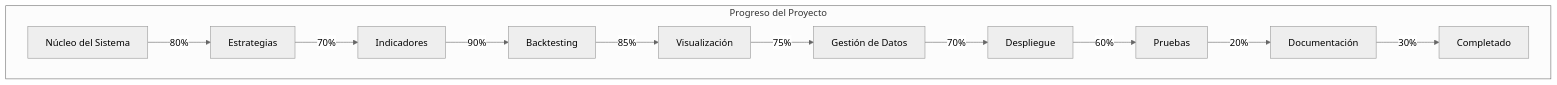
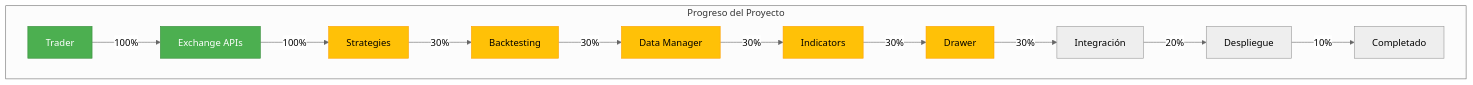
One commit to Brunvelop/trading_bot changed the diagram in memory-bank/progress.md. Above: the diagram before and after it, drawn with Mermaid (neutral theme). The commit also changed other lines of this file and 4 other files, not shown here.

First line of the commit message:
refactor(exchange-apis): improve robustness, efficiency and documentation

````diff
--- a/memory-bank/progress.md
+++ b/memory-bank/progress.md
@@ -109,14 +113,22 @@
 ```mermaid
 graph TD
     subgraph "Progreso del Proyecto"
-    A[Núcleo del Sistema] -->|80%| B[Estrategias]
-    B -->|70%| C[Indicadores]
-    C -->|90%| D[Backtesting]
-    D -->|85%| E[Visualización]
-    E -->|75%| F[Gestión de Datos]
-    F -->|70%| G[Despliegue]
-    G -->|60%| H[Pruebas]
-    H -->|20%| I[Documentación]
-    I -->|30%| J[Completado]
+    A[Trader] -->|100%| B[Exchange APIs]
+    B -->|100%| C[Strategies]
+    C -->|30%| D[Backtesting]
+    D -->|30%| E[Data Manager]
+    E -->|30%| F[Indicators]
+    F -->|30%| G[Drawer]
+    G -->|30%| H[Integración]
+    H -->|20%| I[Despliegue]
+    I -->|10%| J[Completado]
+    
+    style A fill:#4CAF50,stroke:#388E3C,color:white
+    style B fill:#4CAF50,stroke:#388E3C,color:white
+    style C fill:#FFC107,stroke:#FFA000,color:black
+    style D fill:#FFC107,stroke:#FFA000,color:black
+    style E fill:#FFC107,stroke:#FFA000,color:black
+    style F fill:#FFC107,stroke:#FFA000,color:black
+    style G fill:#FFC107,stroke:#FFA000,color:black
     end
 ```
````
